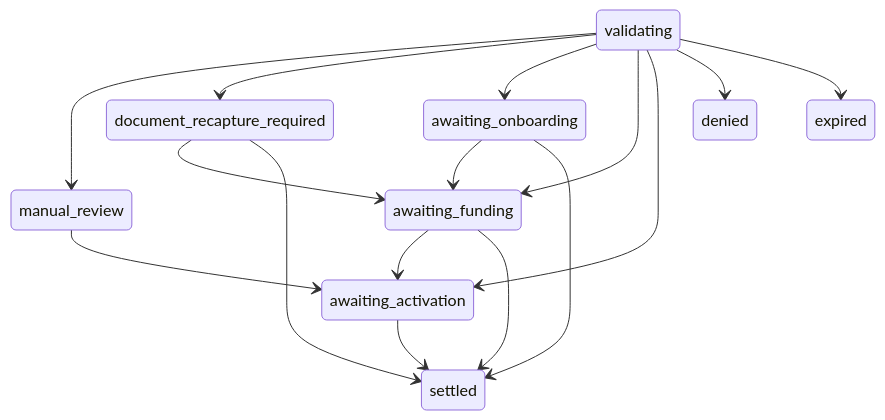
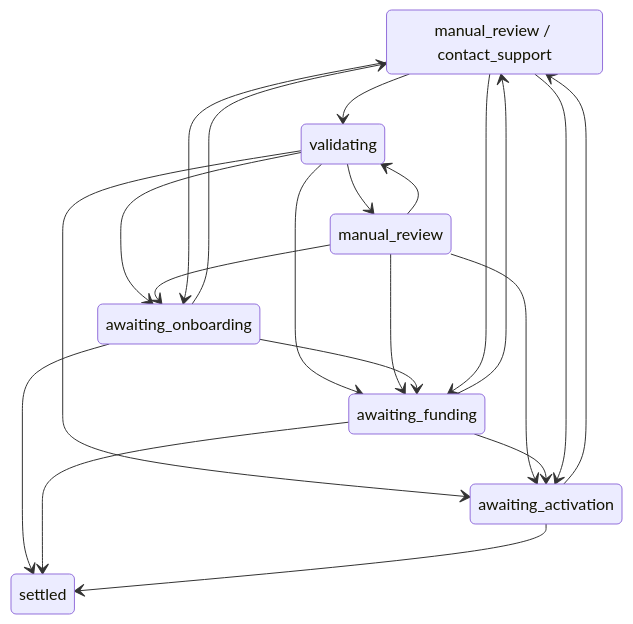
Before and after one commit to bipa-app/docs: the diagram in originations.mdx, drawn with Mermaid. The commit also changed other lines of this file and 4 other files, not shown here.

````diff
--- a/originations.mdx
+++ b/originations.mdx
@@ -66,18 +68,24 @@
 ```mermaid
 stateDiagram-v2
+    state "manual_review / contact_support" as contact_support
     validating --> manual_review
-    validating --> document_recapture_required
     validating --> awaiting_onboarding
     validating --> awaiting_funding
     validating --> awaiting_activation
+    manual_review --> validating
+    manual_review --> awaiting_onboarding
+    manual_review --> awaiting_funding
+    manual_review --> awaiting_activation
+    awaiting_onboarding --> awaiting_funding
+    awaiting_onboarding --> settled
     awaiting_funding --> awaiting_activation
     awaiting_funding --> settled
-    awaiting_onboarding --> awaiting_funding
-    document_recapture_required --> awaiting_funding
     awaiting_activation --> settled
-    awaiting_onboarding --> settled
-    document_recapture_required --> settled
-    manual_review --> awaiting_activation
-    validating --> denied
-    validating --> expired
+    awaiting_onboarding --> contact_support
+    awaiting_funding --> contact_support
+    awaiting_activation --> contact_support
+    contact_support --> validating
+    contact_support --> awaiting_onboarding
+    contact_support --> awaiting_funding
+    contact_support --> awaiting_activation
 ```
````
